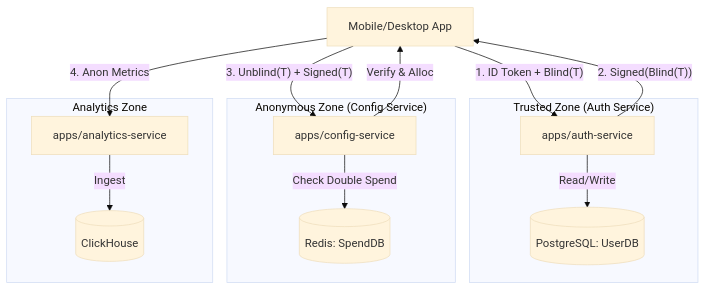
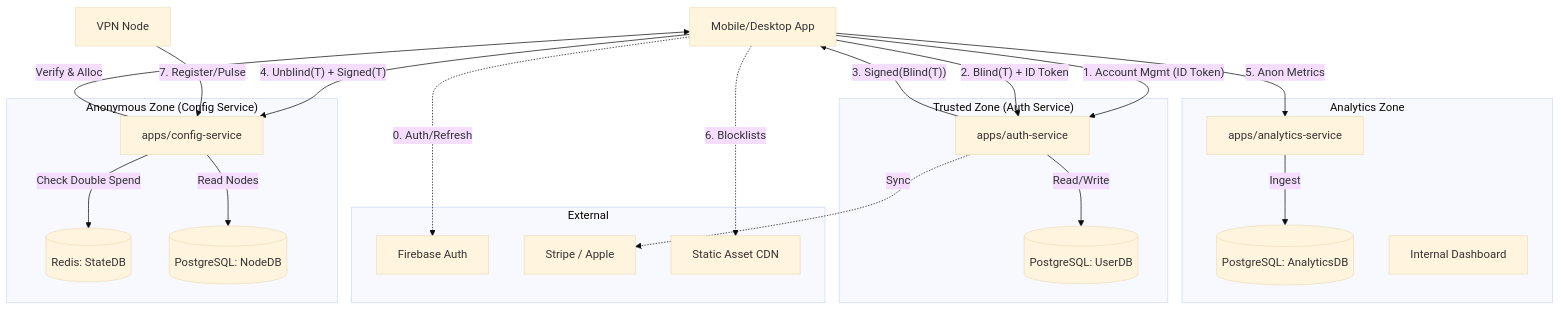
One commit to Keen-VPN/docs changed the first of 23 diagrams in new/architecture/B2C_BACKEND_DESIGN.md. Above: the diagram before and after it, drawn with Mermaid (base theme). The commit also changed other lines of this file and 6 other files, not shown here.

Commit message:
Updated the backend architecture

````diff
--- a/new/architecture/B2C_BACKEND_DESIGN.md
+++ b/new/architecture/B2C_BACKEND_DESIGN.md
@@ -11,30 +11,51 @@
 ```mermaid
 graph TD
     Client[Mobile/Desktop App]
     
+    subgraph External
+        FB[Firebase Auth]
+        Stripe[Stripe / Apple]
+        CDN[Static Asset CDN]
+    end
+
     subgraph "Trusted Zone (Auth Service)"
         Auth[apps/auth-service]
         DB_User[(PostgreSQL: UserDB)]
     end
     
     subgraph "Anonymous Zone (Config Service)"
         Config[apps/config-service]
-        DB_Spend[(Redis: SpendDB)]
+        DB_Spend[(Redis: StateDB)]
+        DB_Node[(PostgreSQL: NodeDB)]
     end
 
     subgraph "Analytics Zone"
         Analytics[apps/analytics-service]
-        DB_Stats[(ClickHouse)]
+        DB_Stats[(PostgreSQL: AnalyticsDB)]
+        Dashboard[Internal Dashboard]
     end
 
-    Client -- "1. ID Token + Blind(T)" --> Auth
-    Auth -- "2. Signed(Blind(T))" --> Client
+    %% Identity & Payment Flows
+    Client -. "0. Auth/Refresh" .-> FB
+    Client -- "1. Account Mgmt (ID Token)" --> Auth
+    Auth -. "Sync" .-> Stripe
     Auth -- Read/Write --> DB_User
+
+    %% VPN Token Flow
+    Client -- "2. Blind(T) + ID Token" --> Auth
+    Auth -- "3. Signed(Blind(T))" --> Client
     
-    Client -- "3. Unblind(T) + Signed(T)" --> Config
+    %% VPN Connection Flow (Anonymous)
+    Client -- "4. Unblind(T) + Signed(T)" --> Config
     Config -- Verify & Alloc --> Client
     Config -- Check Double Spend --> DB_Spend
+    Config -- Read Nodes --> DB_Node
 
-    Client -- "4. Anon Metrics" --> Analytics
+    %% Ancillary
+    Client -- "5. Anon Metrics" --> Analytics
     Analytics -- Ingest --> DB_Stats
+    Client -. "6. Blocklists" .-> CDN
+    
+    %% Infrastructure
+    Node[VPN Node] -- "7. Register/Pulse" --> Config
 ```
````
